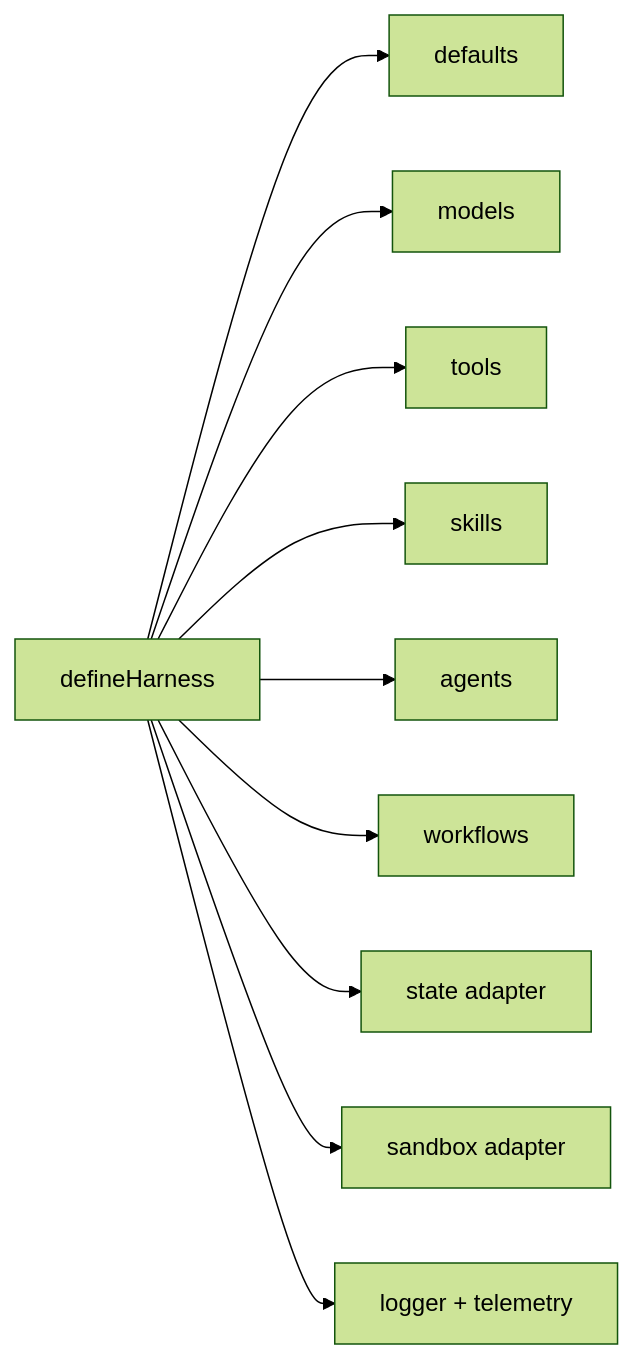
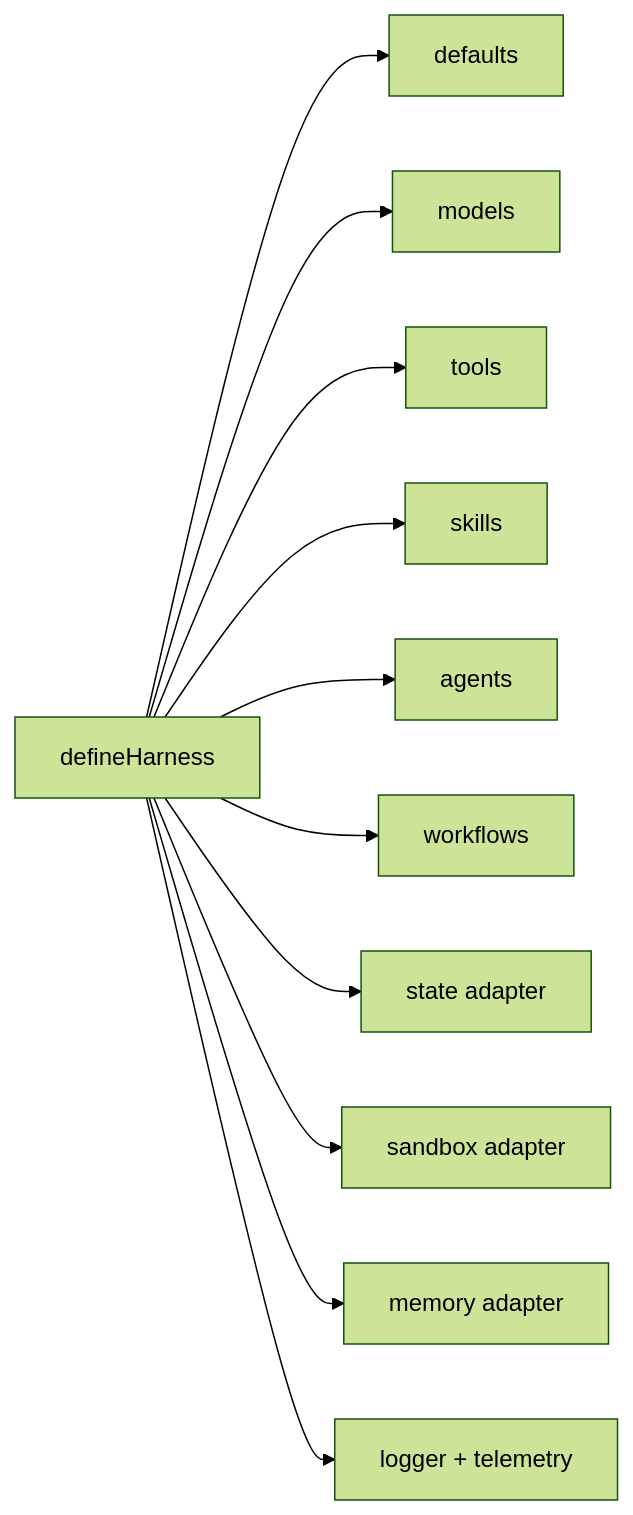
The diagram in docs/guides/configuration.md (puristajs/harness), drawn with Mermaid (forest theme) before and after one commit. The commit also changed other lines of this file and 29 other files, not shown here.

Commit message:
feat(harness): add pluggable memory adapters

````diff
--- a/docs/guides/configuration.md
+++ b/docs/guides/configuration.md
@@ -29,12 +29,13 @@
 ```mermaid
 flowchart LR
   Harness["defineHarness"] --> Defaults["defaults"]
   Harness --> Models["models"]
   Harness --> Tools["tools"]
   Harness --> Skills["skills"]
   Harness --> Agents["agents"]
   Harness --> Workflows["workflows"]
   Harness --> State["state adapter"]
   Harness --> Sandbox["sandbox adapter"]
+  Harness --> Memory["memory adapter"]
   Harness --> Telemetry["logger + telemetry"]
 ```
````
